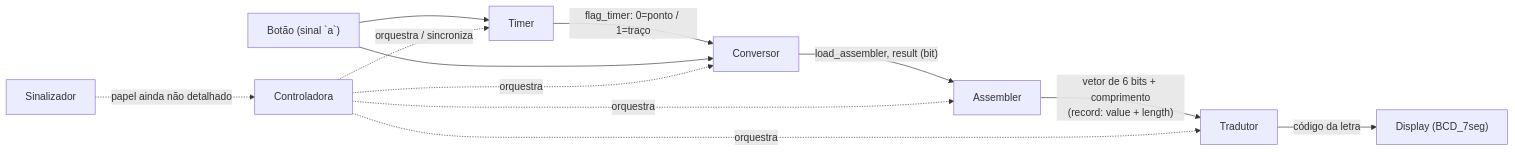
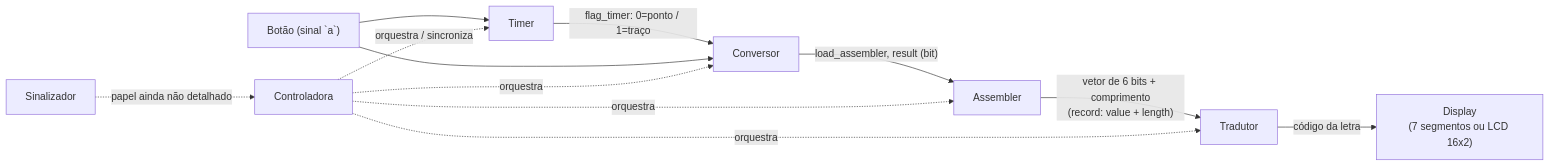
Before and after one commit to murilodab/tradutor-de-codigo-morse: the diagram in docs/02-arquitetura.md, drawn with Mermaid. The commit also changed other lines of this file and 3 other files, not shown here.

````diff
--- a/docs/02-arquitetura.md
+++ b/docs/02-arquitetura.md
@@ -40,15 +42,15 @@
 ```mermaid
 flowchart LR
     Botao["Botão (sinal `a`)"] --> Timer
     Timer -- "flag_timer: 0=ponto / 1=traço" --> Conversor
     Botao --> Conversor
     Conversor -- "load_assembler, result (bit)" --> Assembler
     Assembler -- "vetor de 6 bits + comprimento\n(record: value + length)" --> Tradutor
-    Tradutor -- "código da letra" --> Display["Display (BCD_7seg)"]
+    Tradutor -- "código da letra" --> Display["Display\n(7 segmentos ou LCD 16x2)"]
 
     Controladora -. "orquestra / sincroniza" .-> Timer
     Controladora -. orquestra .-> Conversor
     Controladora -. orquestra .-> Assembler
     Controladora -. orquestra .-> Tradutor
     Sinalizador -. "papel ainda não detalhado" .-> Controladora
 ```
````
